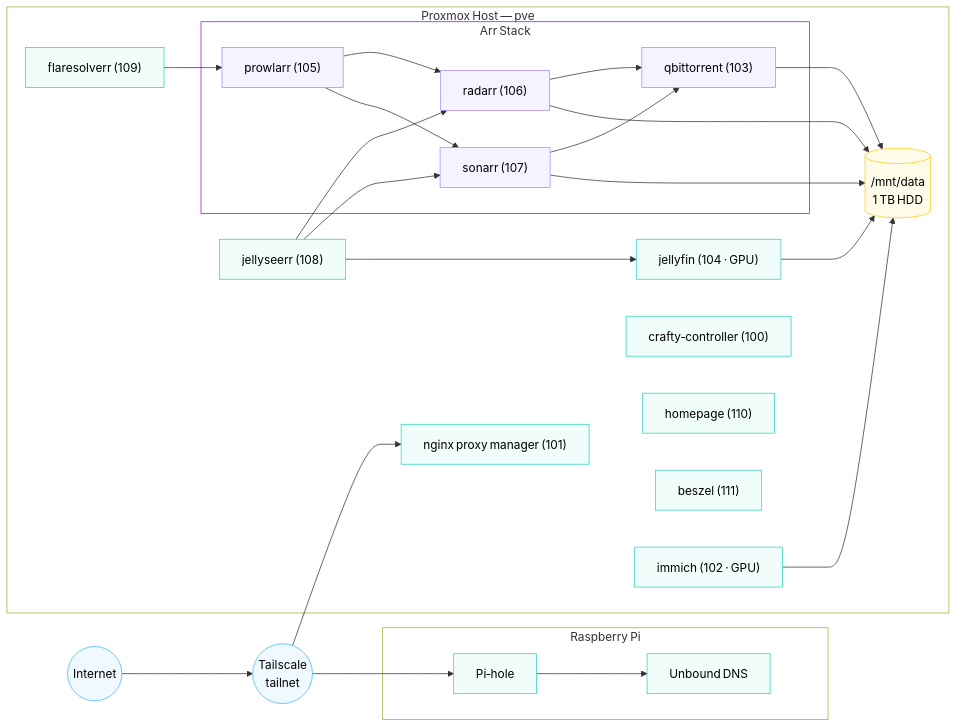
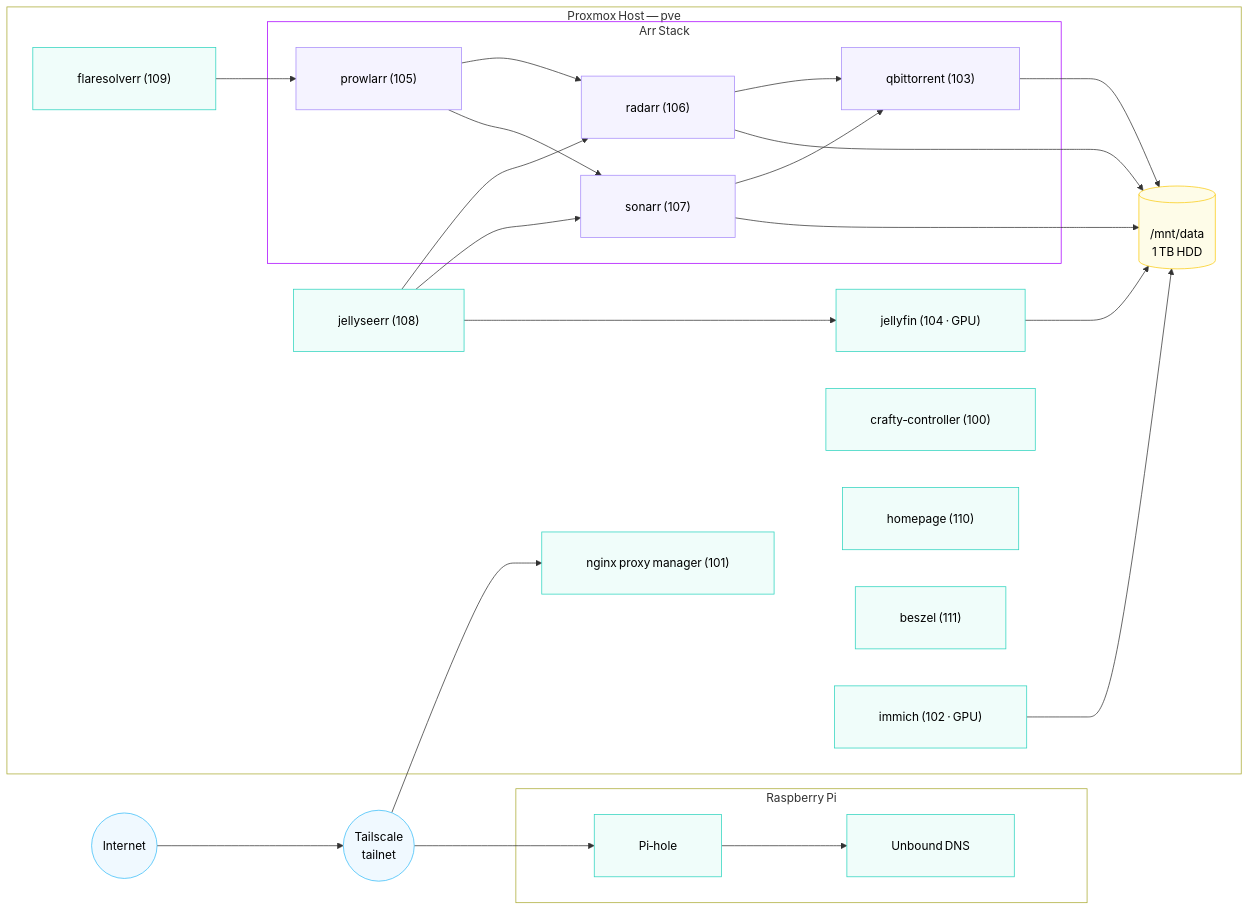
One commit to EthanFavis/Ethanet changed the diagram in diagrams/network.mmd. Above: the diagram before and after it, drawn with Mermaid. The commit also changed 1 other file, not shown here.

Commit message:
Increase diagram padding and node/rank spacing for breathing room

```diff
--- a/diagrams/network.mmd
+++ b/diagrams/network.mmd
@@ -1,66 +1,67 @@
+%%{init: {'flowchart': {'padding': 30, 'nodeSpacing': 50, 'rankSpacing': 70}}}%%
 flowchart LR
  subgraph Pi["Raspberry Pi"]
         Pihole["Pi‑hole"]
         Unbound["Unbound DNS"]
   end
  subgraph ARR["Arr Stack"]
         Prowlarr["prowlarr (105)"]
         Radarr["radarr (106)"]
         Sonarr["sonarr (107)"]
         QB["qbittorrent (103)"]
   end
  subgraph PVE["Proxmox Host — pve"]
         Homepage["homepage (110)"]
         NPM["nginx proxy manager (101)"]
         Crafty["crafty‑controller (100)"]
         Beszel["beszel (111)"]
         Flare["flaresolverr (109)"]
         ARR
         Seerr["jellyseerr (108)"]
         Jellyfin["jellyfin (104 · GPU)"]
         Immich["immich (102 · GPU)"]
         Storage[("/mnt/data<br>1 TB HDD")]
   end
     Internet(("Internet")) --> Tailnet(("Tailscale<br>tailnet"))
     Pihole --> Unbound
     Prowlarr --> Radarr & Sonarr
     Radarr --> QB & Storage
     Sonarr --> QB & Storage
     Tailnet --> Pihole & NPM
     Flare --> Prowlarr
     Seerr --> Radarr & Sonarr & Jellyfin
     QB --> Storage
     Jellyfin --> Storage
     Immich --> Storage
 
     %% invisible edges to anchor orphan containers near NPM
     NPM ~~~ Crafty
     NPM ~~~ Homepage
     NPM ~~~ Beszel
     NPM ~~~ Immich
 
      Internet:::network
      Tailnet:::network
      Pihole:::service
      Unbound:::service
      Homepage:::service
      NPM:::service
      Crafty:::service
      Beszel:::service
      Flare:::service
      Prowlarr:::media
      Radarr:::media
      Sonarr:::media
      QB:::media
      Seerr:::service
      Jellyfin:::service
      Immich:::service
      Storage:::storage
     classDef infra stroke:#818cf8,fill:#eef2ff,color:#000
     classDef service stroke:#2dd4bf,fill:#f0fdfa,color:#000
     classDef storage stroke:#facc15,fill:#fefce8,color:#000
     classDef network stroke:#38bdf8,fill:#f0f9ff,color:#000
     classDef media stroke:#a78bfa,fill:#f5f3ff,color:#000
     style ARR stroke:#AA00FF,fill:transparent
     style PVE fill:transparent
     style Pi fill:transparent
```
